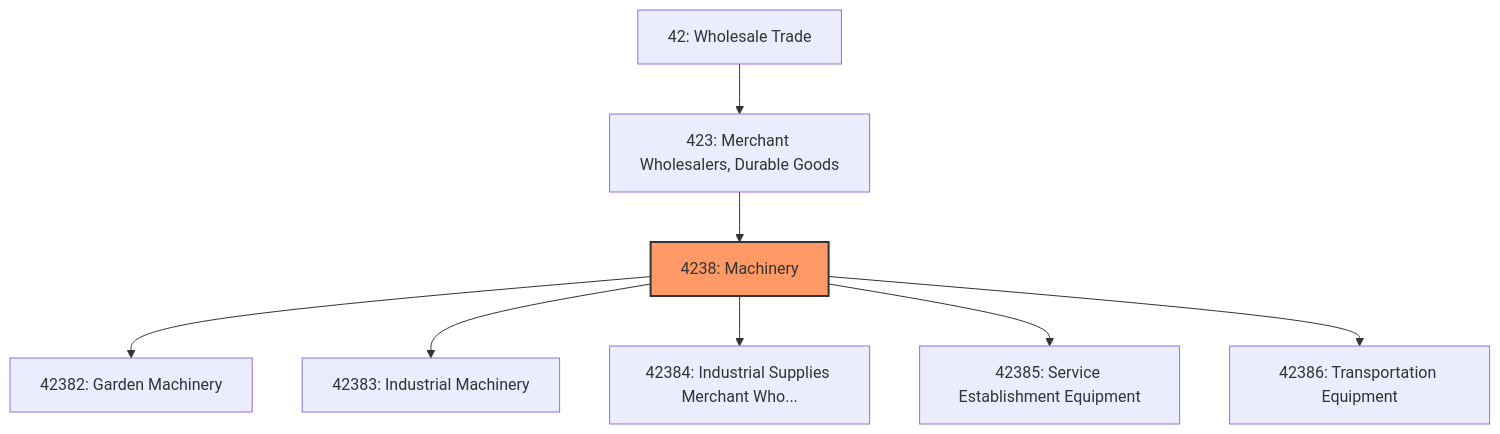
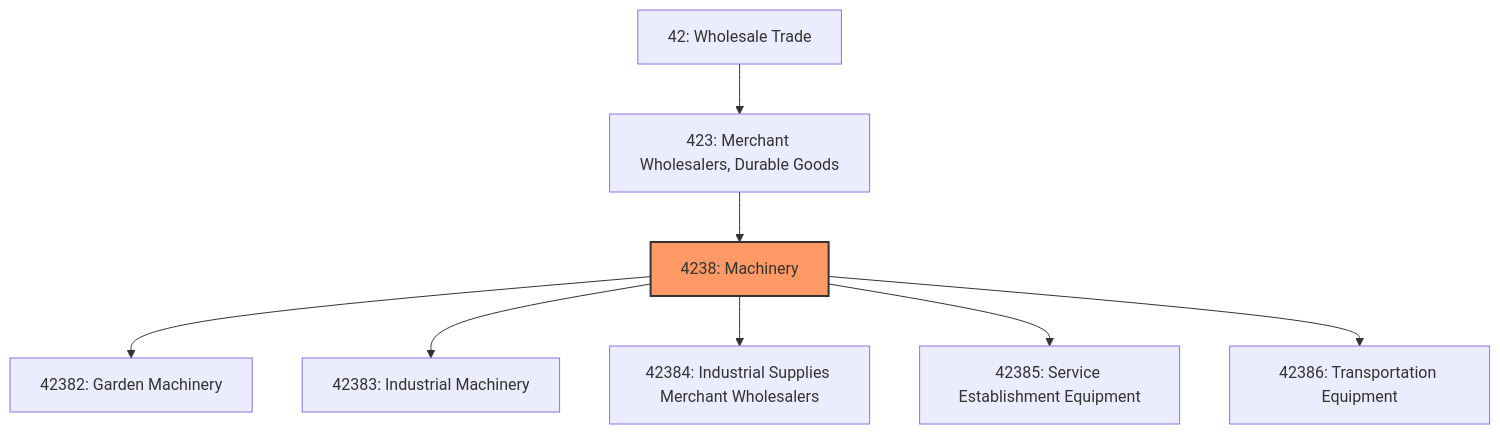
Before and after one commit to kziemski/business.org.ai: the first of 3 diagrams in industries/Wholesale/MerchantWholesalersDurableGoods/Machinery/index.mdx, drawn with Mermaid. The commit also changed other lines of this file and 19 other files, not shown here.

First line of the commit message:
feat: enrich industry files and add sequence diagrams to processes

````diff
--- a/industries/Wholesale/MerchantWholesalersDurableGoods/Machinery/index.mdx
+++ b/industries/Wholesale/MerchantWholesalersDurableGoods/Machinery/index.mdx
@@ -22,12 +24,12 @@
 ```mermaid
 graph TD
     S42["42: Wholesale Trade"]
     S42 --> N423["423: Merchant Wholesalers, Durable Goods"]
     N423 --> N4238["4238: Machinery"]
     style N4238 fill:#f96,stroke:#333,stroke-width:2px
     N4238 --> N42382["42382: Garden Machinery"]
     N4238 --> N42383["42383: Industrial Machinery"]
-    N4238 --> N42384["42384: Industrial Supplies Merchant Who..."]
+    N4238 --> N42384["42384: Industrial Supplies Merchant Wholesalers"]
     N4238 --> N42385["42385: Service Establishment Equipment"]
     N4238 --> N42386["42386: Transportation Equipment"]
 ```
````
